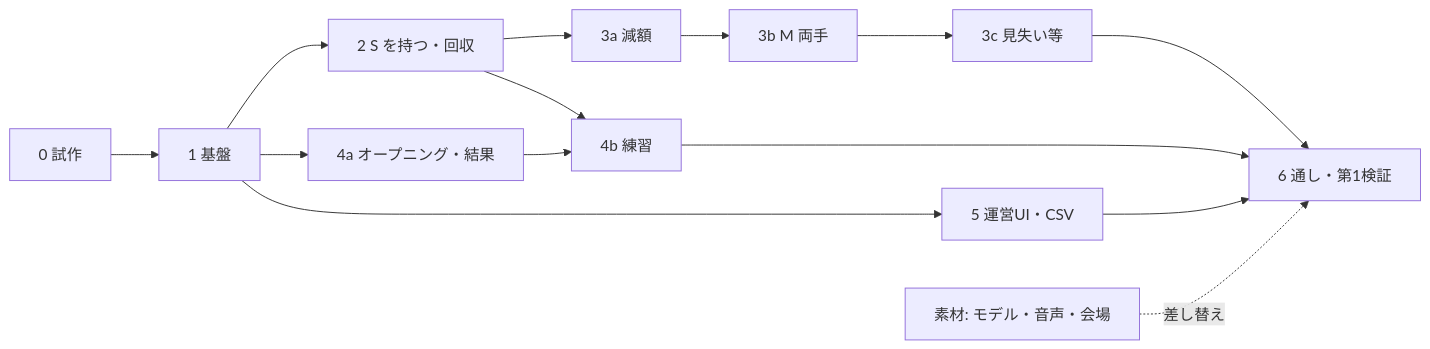
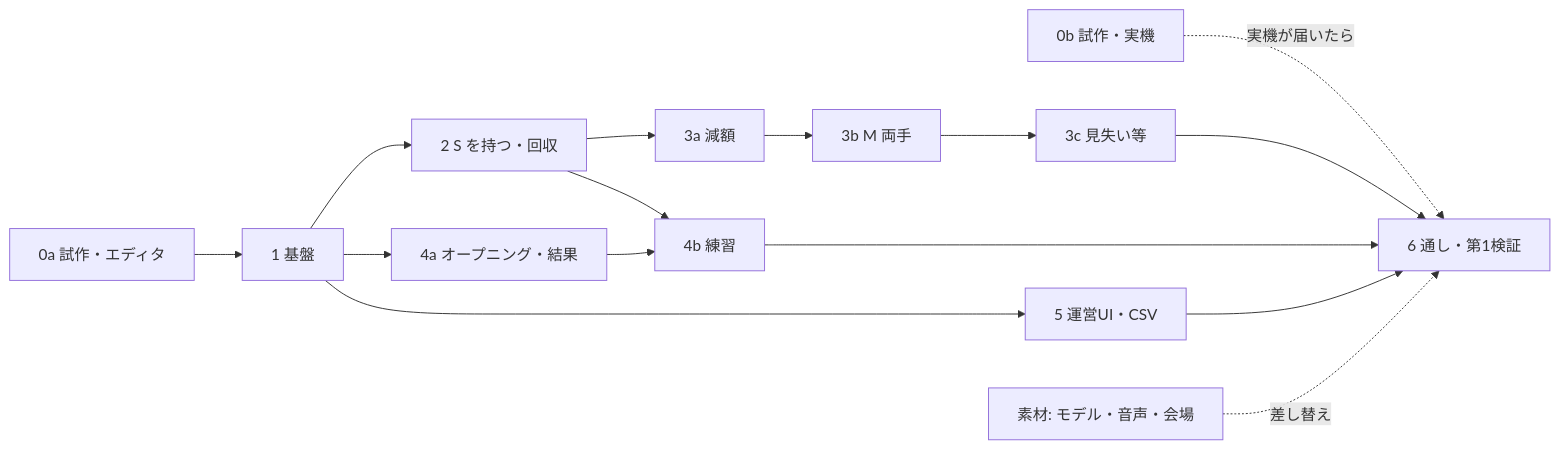
The diagram in TREASURE_HAUL_DESIGN.md (hamachan64/TibLbeExhibit), drawn with Mermaid before and after one commit. The commit also changed other lines of this file and 166 other files, not shown here.

````diff
--- a/TREASURE_HAUL_DESIGN.md
+++ b/TREASURE_HAUL_DESIGN.md
@@ -275,14 +293,15 @@
 ```mermaid
 flowchart LR
-  T0[0 試作] --> T1[1 基盤]
+  T0[0a 試作・エディタ] --> T1[1 基盤]
+  T0b[0b 試作・実機] -. 実機が届いたら .-> T6
   T1 --> T2[2 S を持つ・回収]
   T2 --> T3a[3a 減額] --> T3b[3b M 両手] --> T3c[3c 見失い等]
   T1 --> T4a[4a オープニング・結果]
   T2 --> T4b[4b 練習]
   T4a --> T4b
   T1 --> T5[5 運営UI・CSV]
   T3c --> T6[6 通し・第1検証]
   T4b --> T6
   T5 --> T6
   A[素材: モデル・音声・会場] -. 差し替え .-> T6
 ```
````
